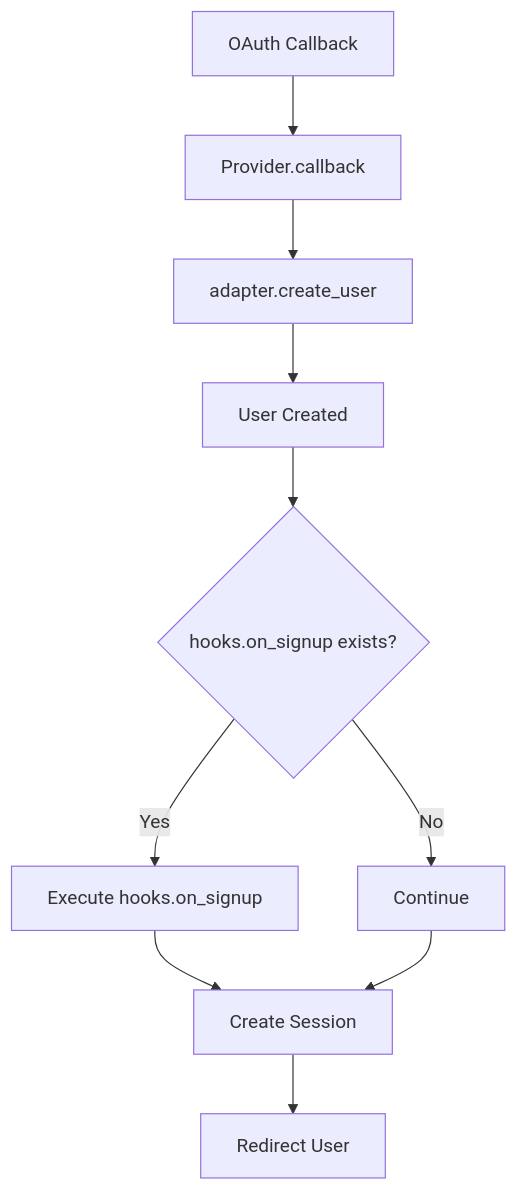
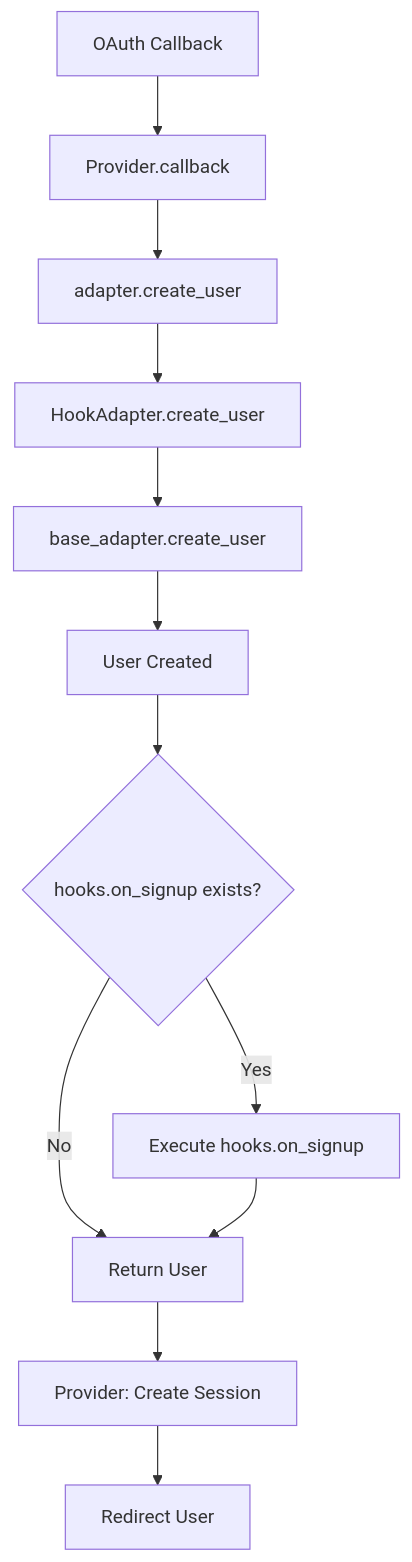
Before and after one commit to mplemay/belgie: the first of 5 diagrams in design/003-auth-event-hooks.md, drawn with Mermaid. The commit also changed other lines of this file, not shown here.

Commit message:
docs: update auth hooks design with adapter wrapper and generic types

````diff
--- a/design/003-auth-event-hooks.md
+++ b/design/003-auth-event-hooks.md
@@ -58,12 +63,14 @@
 ```mermaid
 graph TD
     A[OAuth Callback] --> B[Provider.callback]
     B --> C[adapter.create_user]
-    C --> D[User Created]
-    D --> E{hooks.on_signup exists?}
-    E -->|Yes| F[Execute hooks.on_signup]
-    E -->|No| G[Continue]
-    F --> H[Create Session]
-    G --> H
-    H --> I[Redirect User]
+    C --> D[HookAdapter.create_user]
+    D --> E[base_adapter.create_user]
+    E --> F[User Created]
+    F --> G{hooks.on_signup exists?}
+    G -->|Yes| H[Execute hooks.on_signup]
+    G -->|No| I[Return User]
+    H --> I
+    I --> J[Provider: Create Session]
+    J --> K[Redirect User]
 ```
````
